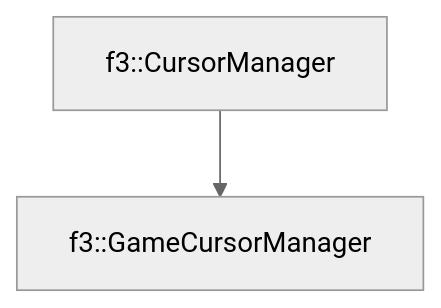
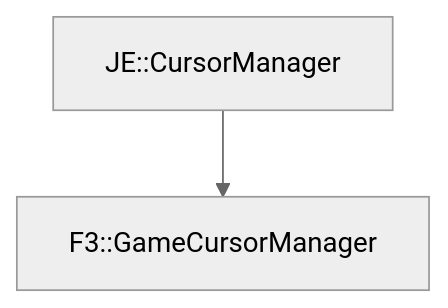
One commit to OpenJE/openvb changed the diagram in docs/f3/GameCursorManager.md. Above: the diagram before and after it, drawn with Mermaid (neutral theme). The commit also changed other lines of this file and 1399 other files, not shown here.

````diff
--- a/docs/f3/GameCursorManager.md
+++ b/docs/f3/GameCursorManager.md
@@ -16,4 +16,4 @@
 ```mermaid
 graph TD;
-    f3::CursorManager --> f3::GameCursorManager
+    JE::CursorManager --> F3::GameCursorManager
 ```
````
